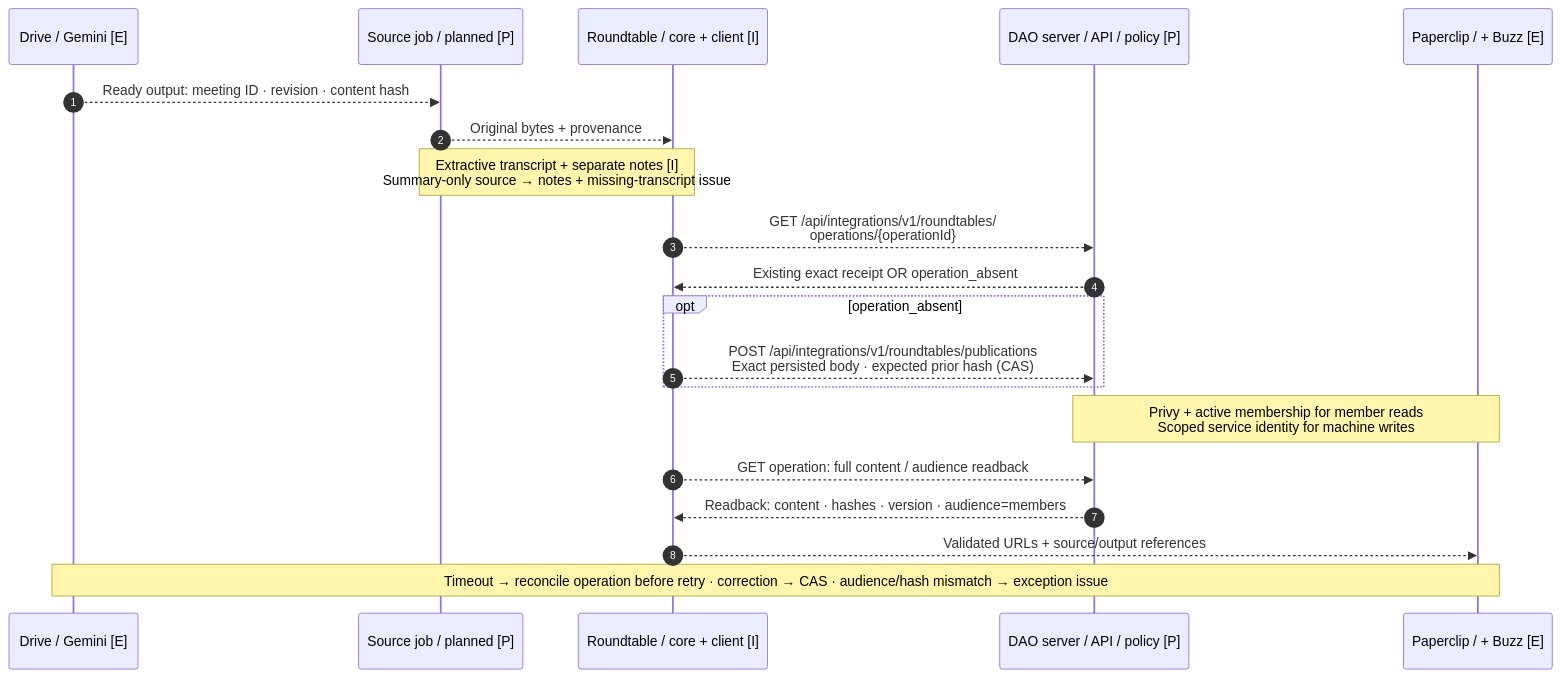
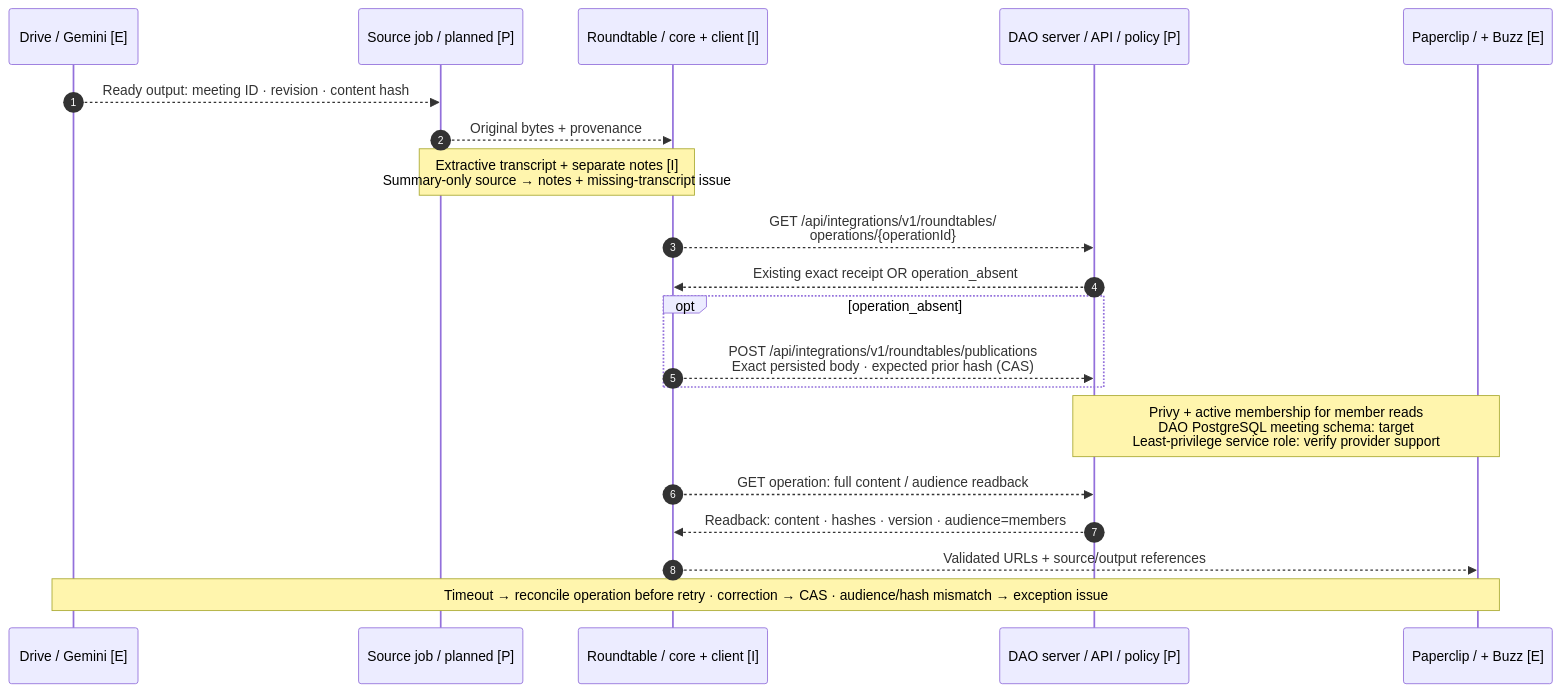
Before and after one commit to NetRxn/Inertia: the diagram in docs/architecture/diagrams/meeting-ingestion.mmd, drawn with Mermaid. The commit also changed 16 other files, not shown here.

Commit message:
docs: consolidate DAO PostgreSQL and Helix data architecture (r12)

```diff
--- a/docs/architecture/diagrams/meeting-ingestion.mmd
+++ b/docs/architecture/diagrams/meeting-ingestion.mmd
@@ -1,20 +1,20 @@
 sequenceDiagram
 autonumber
 participant D as Drive / Gemini [E]
 participant J as Source job / planned [P]
 participant R as Roundtable / core + client [I]
 participant W as DAO server / API / policy [P]
 participant P as Paperclip / + Buzz [E]
 D-->>J: Ready output: meeting ID · revision · content hash
 J-->>R: Original bytes + provenance
 Note over J,R: Extractive transcript + separate notes [I]<br/>Summary-only source → notes + missing-transcript issue
 R-->>W: GET /api/integrations/v1/roundtables/<br/>operations/{operationId}
 W-->>R: Existing exact receipt OR operation_absent
 opt operation_absent
 R-->>W: POST /api/integrations/v1/roundtables/publications<br/>Exact persisted body · expected prior hash (CAS)
 end
-Note over W,P: Privy + active membership for member reads<br/>Scoped service identity for machine writes
+Note over W,P: Privy + active membership for member reads<br/>DAO PostgreSQL meeting schema: target<br/>Least-privilege service role: verify provider support
 R-->>W: GET operation: full content / audience readback
 W-->>R: Readback: content · hashes · version · audience=members
 R-->>P: Validated URLs + source/output references
 Note over D,P: Timeout → reconcile operation before retry · correction → CAS · audience/hash mismatch → exception issue
```
